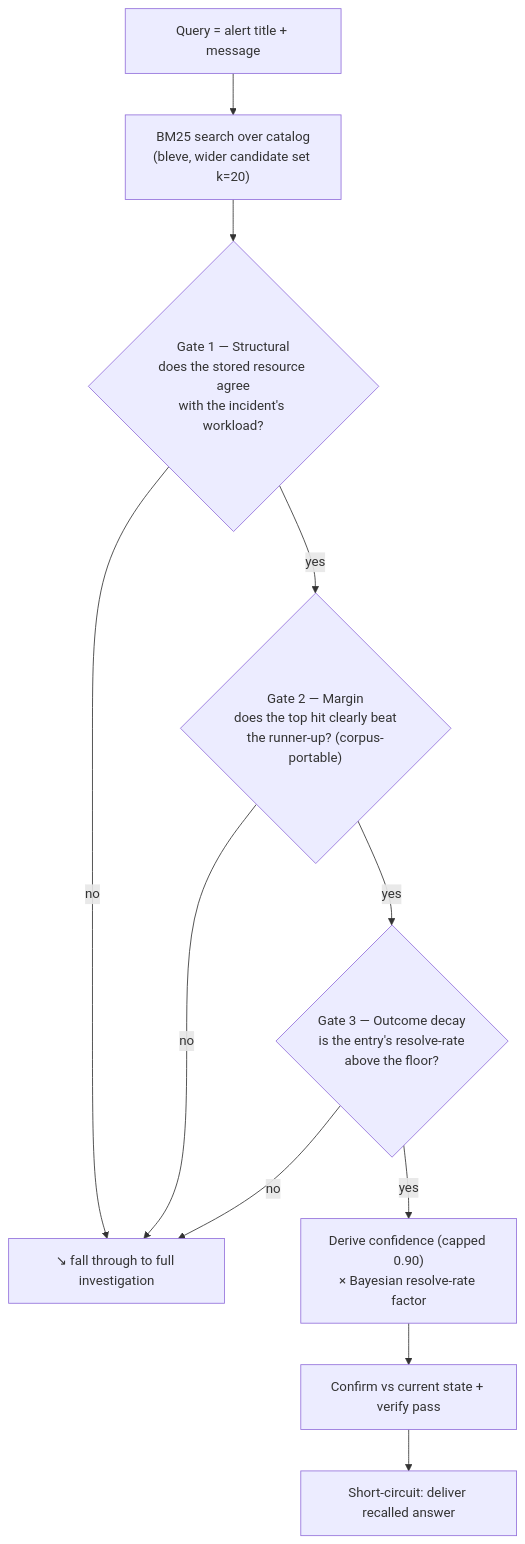
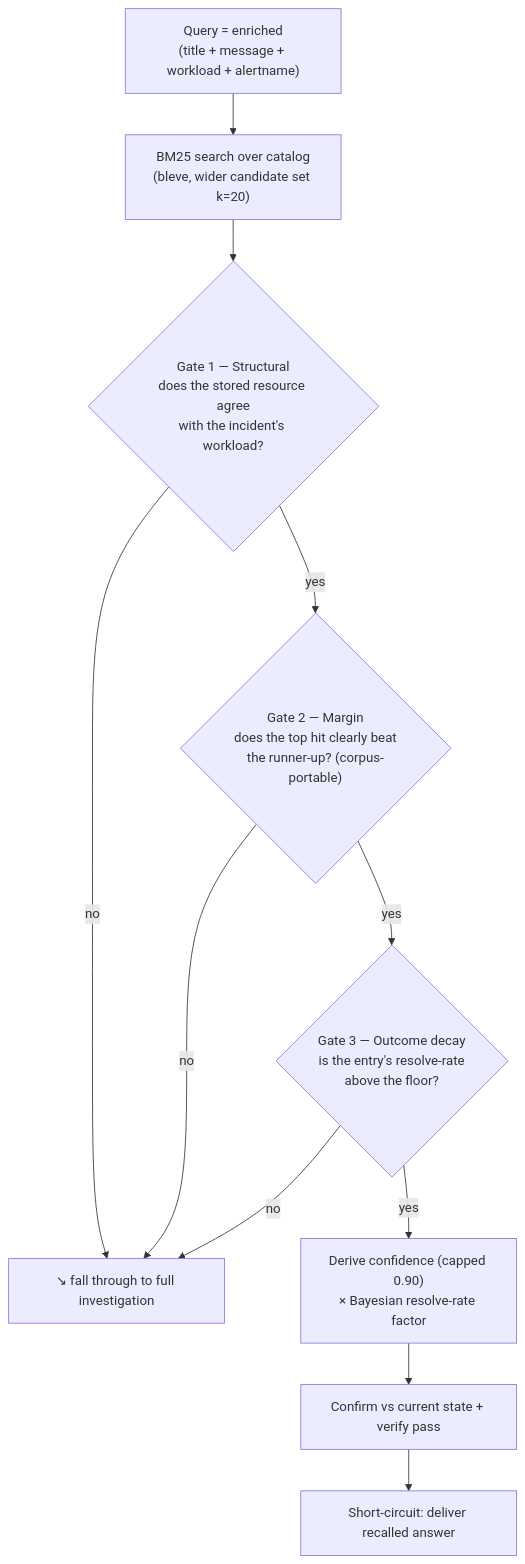
Before and after one commit to Smana/runlore: the third of 6 diagrams in docs/learning-loop.md, drawn with Mermaid. The commit also changed other lines of this file and 2 other files, not shown here.

````diff
--- a/docs/learning-loop.md
+++ b/docs/learning-loop.md
@@ -145,13 +145,13 @@
 ```mermaid
 flowchart TD
-    Q["Query = alert title + message"] --> S["BM25 search over catalog<br/>(bleve, wider candidate set k=20)"]
+    Q["Query = enriched<br/>(title + message + workload + alertname)"] --> S["BM25 search over catalog<br/>(bleve, wider candidate set k=20)"]
     S --> G1{"Gate 1 — Structural<br/>does the stored resource agree<br/>with the incident's workload?"}
     G1 -- no --> FALL["↘ fall through to full investigation"]
     G1 -- yes --> G2{"Gate 2 — Margin<br/>does the top hit clearly beat<br/>the runner-up? (corpus-portable)"}
     G2 -- no --> FALL
     G2 -- yes --> G3{"Gate 3 — Outcome decay<br/>is the entry's resolve-rate<br/>above the floor?"}
     G3 -- no --> FALL
     G3 -- yes --> CONF["Derive confidence (capped 0.90)<br/>× Bayesian resolve-rate factor"]
     CONF --> CHK["Confirm vs current state + verify pass"]
     CHK --> SHORT["Short-circuit: deliver recalled answer"]
 ```
````
